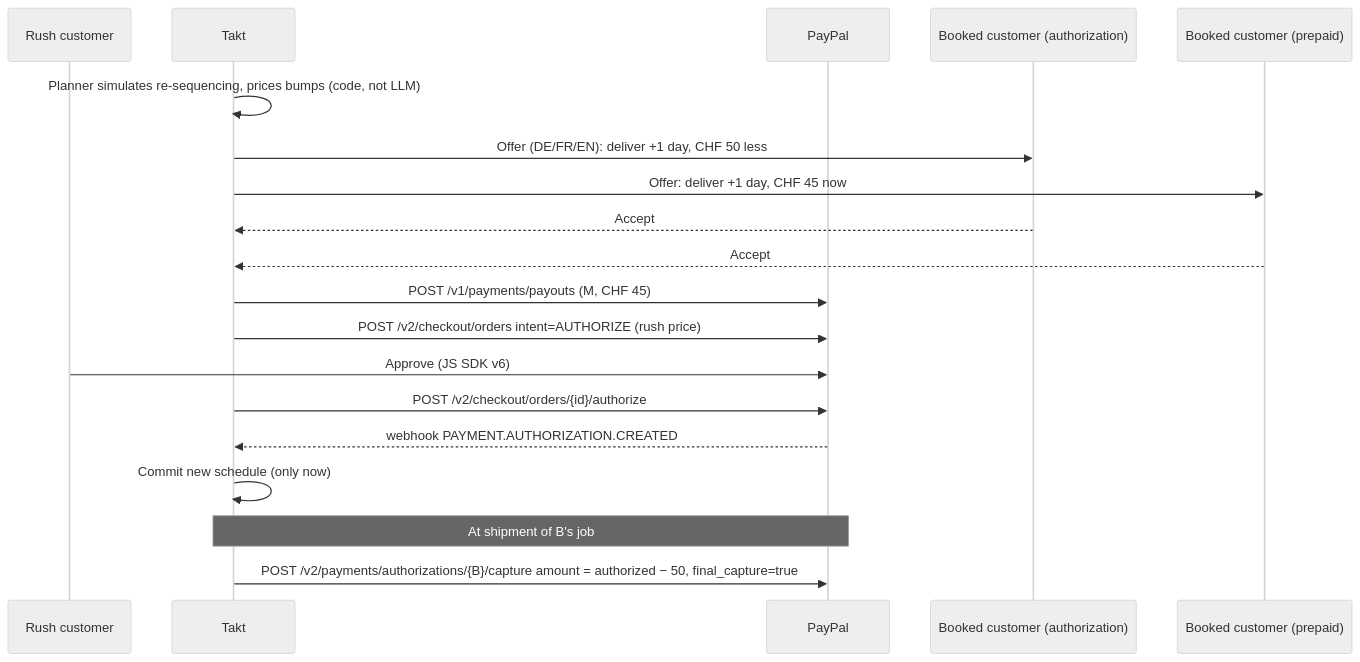
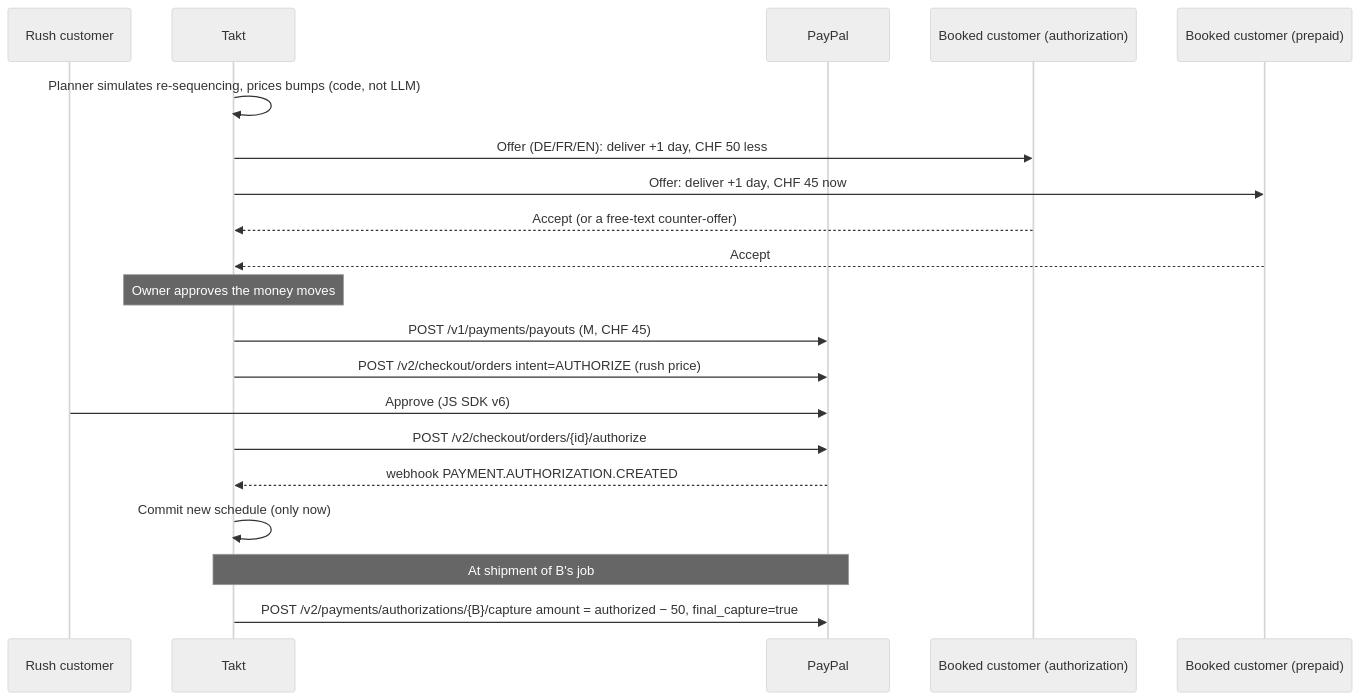
One commit to Frankkkyy/takt changed the third of 3 diagrams in docs/ARCHITECTURE.md. Above: the diagram before and after it, drawn with Mermaid (neutral theme). The commit also changed other lines of this file and 66 other files, not shown here.

````diff
--- a/docs/ARCHITECTURE.md
+++ b/docs/ARCHITECTURE.md
@@ -49,21 +115,22 @@
 ```mermaid
 sequenceDiagram
   participant R as Rush customer
   participant T as Takt
   participant P as PayPal
   participant B as Booked customer (authorization)
   participant M as Booked customer (prepaid)
   T->>T: Planner simulates re-sequencing, prices bumps (code, not LLM)
   T->>B: Offer (DE/FR/EN): deliver +1 day, CHF 50 less
   T->>M: Offer: deliver +1 day, CHF 45 now
-  B-->>T: Accept
+  B-->>T: Accept (or a free-text counter-offer)
   M-->>T: Accept
+  Note over T: Owner approves the money moves
   T->>P: POST /v1/payments/payouts (M, CHF 45)
   T->>P: POST /v2/checkout/orders intent=AUTHORIZE (rush price)
   R->>P: Approve (JS SDK v6)
   T->>P: POST /v2/checkout/orders/{id}/authorize
   P-->>T: webhook PAYMENT.AUTHORIZATION.CREATED
   T->>T: Commit new schedule (only now)
   Note over T,P: At shipment of B's job
   T->>P: POST /v2/payments/authorizations/{B}/capture amount = authorized − 50, final_capture=true
 ```
````
